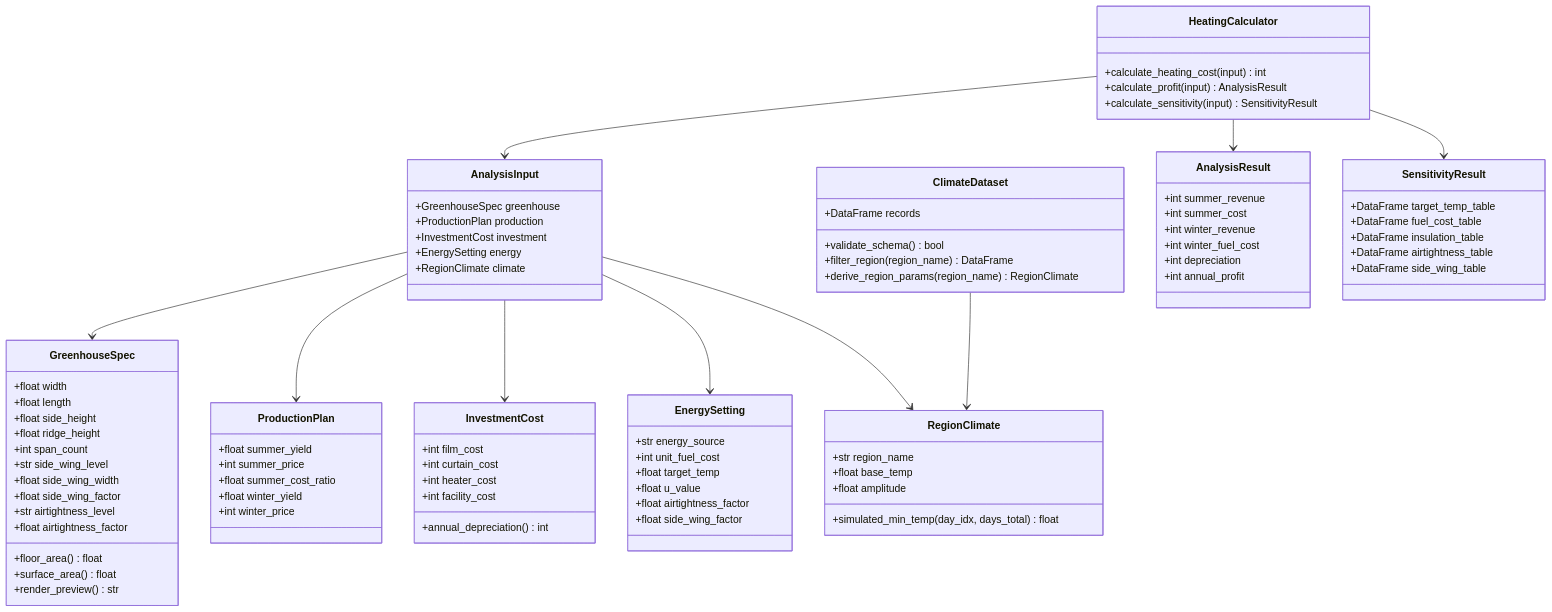
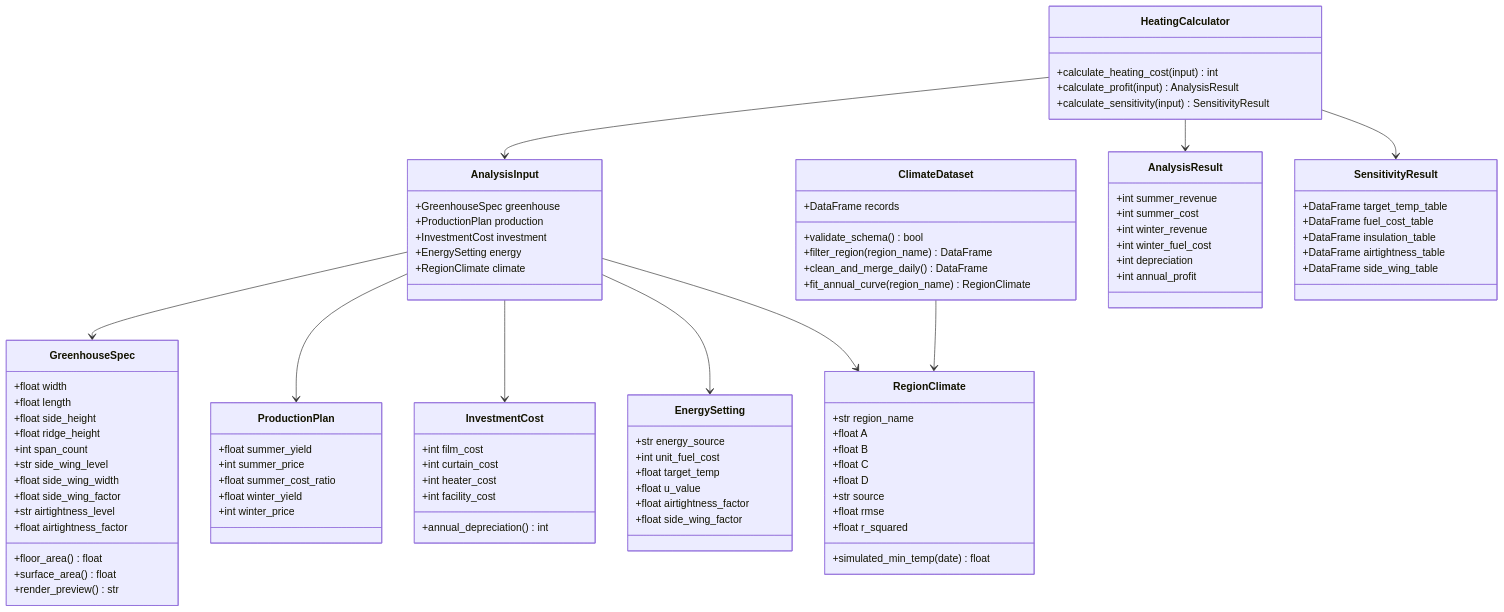
One commit to kuk-jong/fig-heating-decision-app changed the second of 5 diagrams in 01. 최초 파이썬 앱/APP_BLUEPRINT.md. Above: the diagram before and after it, drawn with Mermaid. The commit also changed other lines of this file and 11 other files, not shown here.

Commit message:
Update UML, climate specification and runnable synthetic CSV for v0.5

```diff
--- a/01. 최초 파이썬 앱/APP_BLUEPRINT.md
+++ b/01. 최초 파이썬 앱/APP_BLUEPRINT.md
@@ -324,16 +341,22 @@
 
     class RegionClimate {
         +str region_name
-        +float base_temp
-        +float amplitude
-        +simulated_min_temp(day_idx, days_total) float
+        +float A
+        +float B
+        +float C
+        +float D
+        +str source
+        +float rmse
+        +float r_squared
+        +simulated_min_temp(date) float
     }
 
     class ClimateDataset {
         +DataFrame records
         +validate_schema() bool
         +filter_region(region_name) DataFrame
-        +derive_region_params(region_name) RegionClimate
+        +clean_and_merge_daily() DataFrame
+        +fit_annual_curve(region_name) RegionClimate
     }
 
     class AnalysisInput {
```
